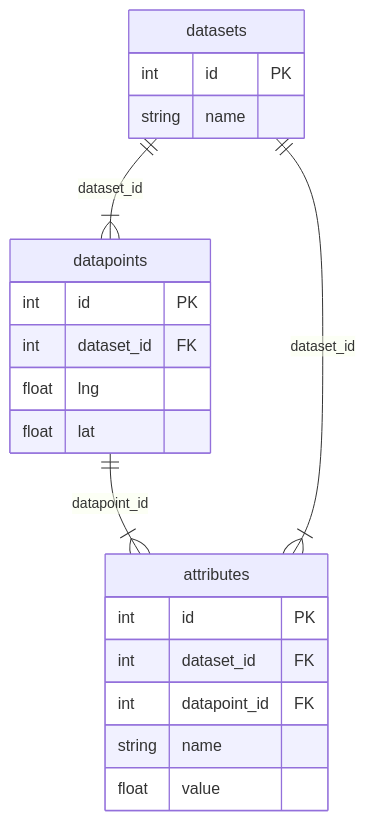
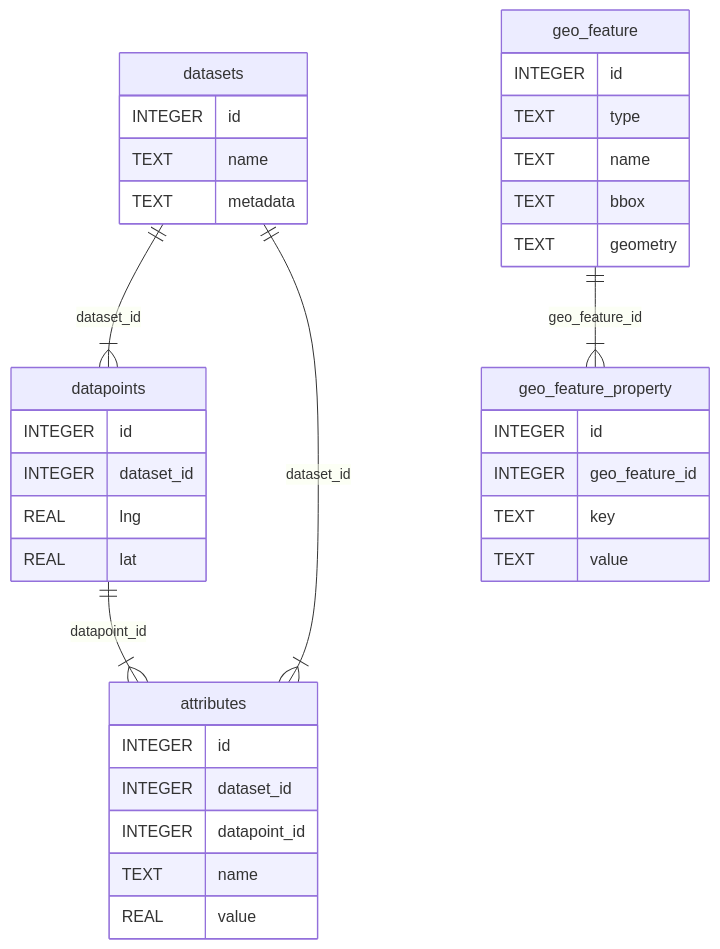
The second of 2 diagrams in README.md (Light-Keeper/geography-data-mapper), drawn with Mermaid before and after one commit. The commit also changed other lines of this file and 3 other files, not shown here.

````diff
--- a/README.md
+++ b/README.md
@@ -8,26 +56,43 @@
 ```mermaid
 erDiagram
     datasets ||--|{ datapoints : dataset_id
+    datasets ||--|{ attributes : dataset_id
     datapoints ||--|{ attributes : datapoint_id
-    datasets ||--|{ attributes : dataset_id
+    geo_feature ||--|{ geo_feature_property : geo_feature_id
 
     datasets {
-        int id PK
-        string name
+        INTEGER id
+        TEXT name
+        TEXT metadata
     }
 
     datapoints {
-        int id PK
-        int dataset_id FK
-        float lng
-        float lat
+        INTEGER id
+        INTEGER dataset_id 
+        REAL lng
+        REAL lat 
     }
     
     attributes {
-        int id PK
-        int dataset_id FK
-        int datapoint_id FK
-        string name
-        float value
+        INTEGER id
+        INTEGER dataset_id 
+        INTEGER datapoint_id 
+        TEXT name
+        REAL value
+    }
+
+    geo_feature {
+        INTEGER id
+        TEXT type
+        TEXT name
+        TEXT bbox
+        TEXT geometry
+    }
+
+    geo_feature_property {
+        INTEGER id
+        INTEGER geo_feature_id 
+        TEXT key 
+        TEXT value 
     }
 ```
````
